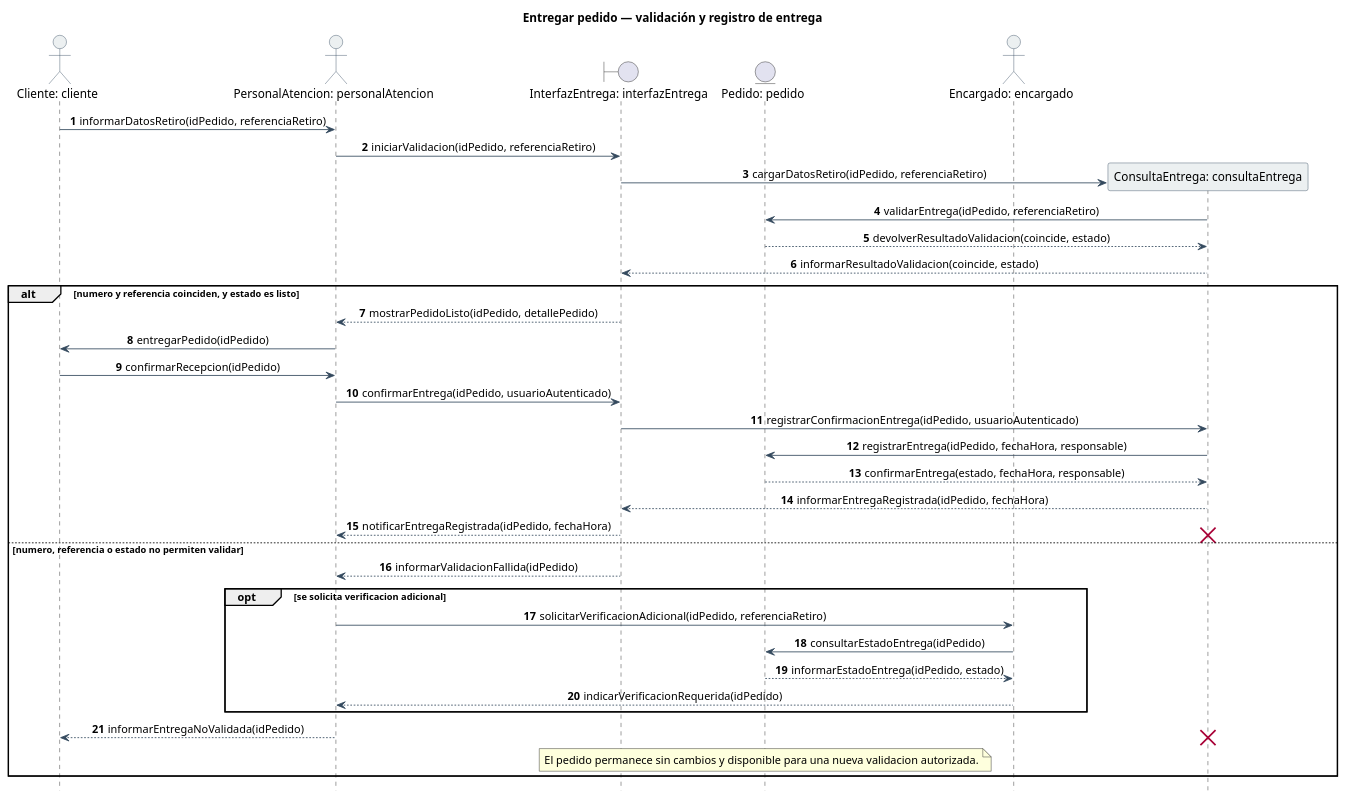
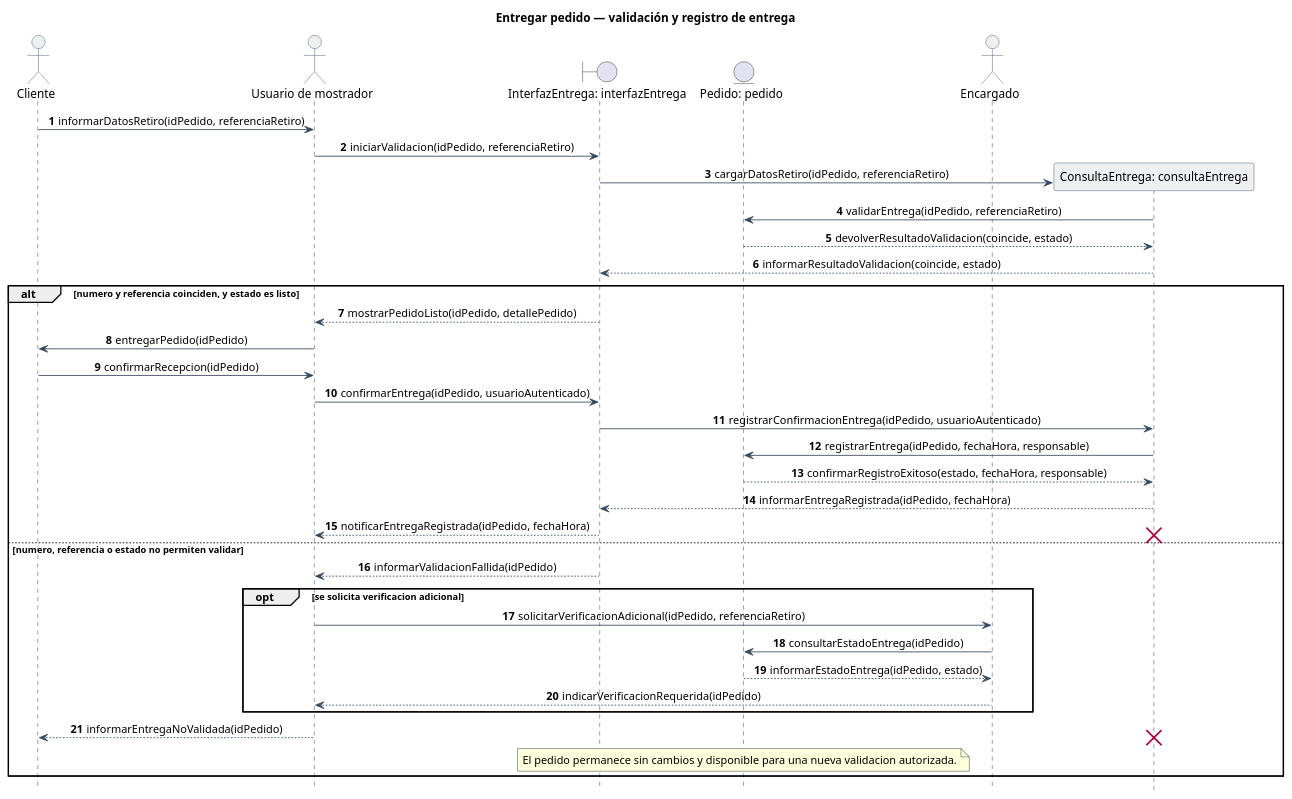
Before and after one commit to lucasmengarelli3/SistemaPedidos: the diagram in diagramas/05-diagramas-secuencia/05-secuencia-entregar-pedido-flujo-principal-09.puml, drawn with PlantUML. The commit also changed 12 other files, not shown here.

Commit message:
fix(a3): corregir observaciones estructurales en diagramas de secuencia y actualizar trazabilidad de IA

```diff
--- a/diagramas/05-diagramas-secuencia/05-secuencia-entregar-pedido-flujo-principal-09.puml
+++ b/diagramas/05-diagramas-secuencia/05-secuencia-entregar-pedido-flujo-principal-09.puml
@@ -1,61 +1,61 @@
 @startuml
 title Entregar pedido — validación y registro de entrega
 
 autonumber
 hide footbox
 
 skinparam backgroundColor white
 skinparam shadowing false
 skinparam sequenceMessageAlign center
 skinparam responseMessageBelowArrow true
 skinparam ParticipantPadding 25
 skinparam BoxPadding 10
 skinparam ArrowColor #34495E
 skinparam LifeLineBorderColor #7F8C8D
 skinparam ParticipantBorderColor #34495E
 skinparam ParticipantBackgroundColor #ECF0F1
 skinparam ActorBorderColor #34495E
 skinparam ActorBackgroundColor #ECF0F1
 
-actor "Cliente: cliente" as cliente
-actor "PersonalAtencion: personalAtencion" as personalAtencion
+actor "Cliente" as cliente
+actor "Usuario de mostrador" as usuario
 boundary "InterfazEntrega: interfazEntrega" as interfazEntrega
 entity "Pedido: pedido" as pedido
-actor "Encargado: encargado" as encargado
+actor "Encargado" as encargado
 
-cliente -> personalAtencion : informarDatosRetiro(idPedido, referenciaRetiro)
-personalAtencion -> interfazEntrega : iniciarValidacion(idPedido, referenciaRetiro)
+cliente -> usuario : informarDatosRetiro(idPedido, referenciaRetiro)
+usuario -> interfazEntrega : iniciarValidacion(idPedido, referenciaRetiro)
 
 create participant "ConsultaEntrega: consultaEntrega" as consultaEntrega
 interfazEntrega -> consultaEntrega : cargarDatosRetiro(idPedido, referenciaRetiro)
 consultaEntrega -> pedido : validarEntrega(idPedido, referenciaRetiro)
 pedido --> consultaEntrega : devolverResultadoValidacion(coincide, estado)
 consultaEntrega --> interfazEntrega : informarResultadoValidacion(coincide, estado)
 
 alt numero y referencia coinciden, y estado es listo
-    interfazEntrega --> personalAtencion : mostrarPedidoListo(idPedido, detallePedido)
-    personalAtencion -> cliente : entregarPedido(idPedido)
-    cliente -> personalAtencion : confirmarRecepcion(idPedido)
-    personalAtencion -> interfazEntrega : confirmarEntrega(idPedido, usuarioAutenticado)
+    interfazEntrega --> usuario : mostrarPedidoListo(idPedido, detallePedido)
+    usuario -> cliente : entregarPedido(idPedido)
+    cliente -> usuario : confirmarRecepcion(idPedido)
+    usuario -> interfazEntrega : confirmarEntrega(idPedido, usuarioAutenticado)
     interfazEntrega -> consultaEntrega : registrarConfirmacionEntrega(idPedido, usuarioAutenticado)
     consultaEntrega -> pedido : registrarEntrega(idPedido, fechaHora, responsable)
-    pedido --> consultaEntrega : confirmarEntrega(estado, fechaHora, responsable)
+    pedido --> consultaEntrega : confirmarRegistroExitoso(estado, fechaHora, responsable)
     consultaEntrega --> interfazEntrega : informarEntregaRegistrada(idPedido, fechaHora)
-    interfazEntrega --> personalAtencion : notificarEntregaRegistrada(idPedido, fechaHora)
+    interfazEntrega --> usuario : notificarEntregaRegistrada(idPedido, fechaHora)
     destroy consultaEntrega
 else numero, referencia o estado no permiten validar
-    interfazEntrega --> personalAtencion : informarValidacionFallida(idPedido)
+    interfazEntrega --> usuario : informarValidacionFallida(idPedido)
     opt se solicita verificacion adicional
-        personalAtencion -> encargado : solicitarVerificacionAdicional(idPedido, referenciaRetiro)
+        usuario -> encargado : solicitarVerificacionAdicional(idPedido, referenciaRetiro)
         encargado -> pedido : consultarEstadoEntrega(idPedido)
         pedido --> encargado : informarEstadoEntrega(idPedido, estado)
-        encargado --> personalAtencion : indicarVerificacionRequerida(idPedido)
+        encargado --> usuario : indicarVerificacionRequerida(idPedido)
     end
-    personalAtencion --> cliente : informarEntregaNoValidada(idPedido)
+    usuario --> cliente : informarEntregaNoValidada(idPedido)
     note over pedido
         El pedido permanece sin cambios y disponible para una nueva validacion autorizada.
     end note
     destroy consultaEntrega
 end
 
 @enduml
```
